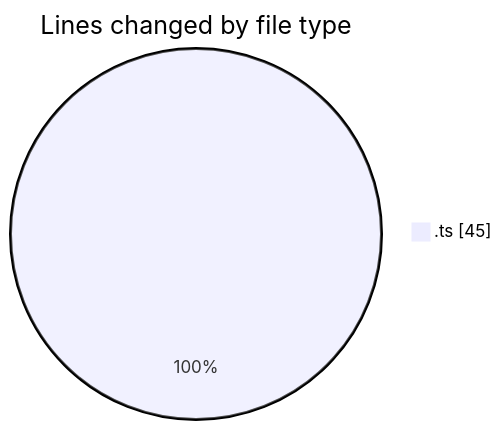
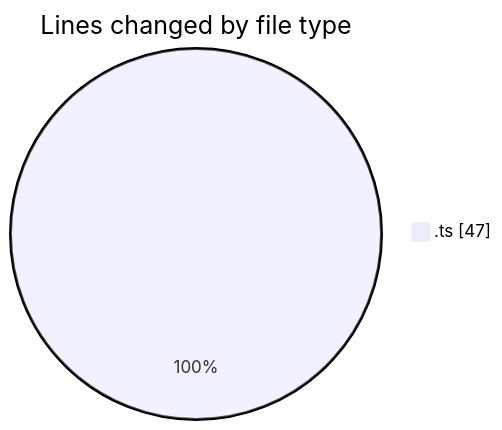
The first of 2 diagrams in 2025-10-23/cda/README.md (momahboobian/code-tracking), drawn with Mermaid before and after one commit. The commit also changed other lines of this file and 1 other file, not shown here.

````diff
--- a/2025-10-23/cda/README.md
+++ b/2025-10-23/cda/README.md
@@ -21,5 +21,5 @@
 ```mermaid
 pie showData
 title Lines changed by file type
-".ts" : 45
+".ts" : 47
 ```
````
